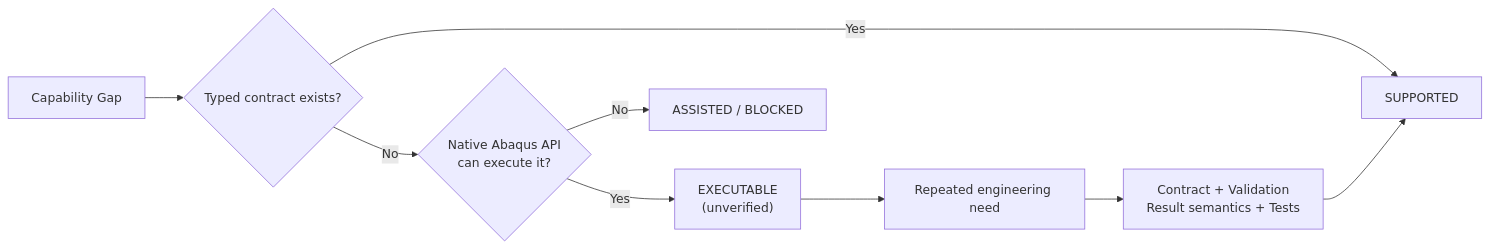
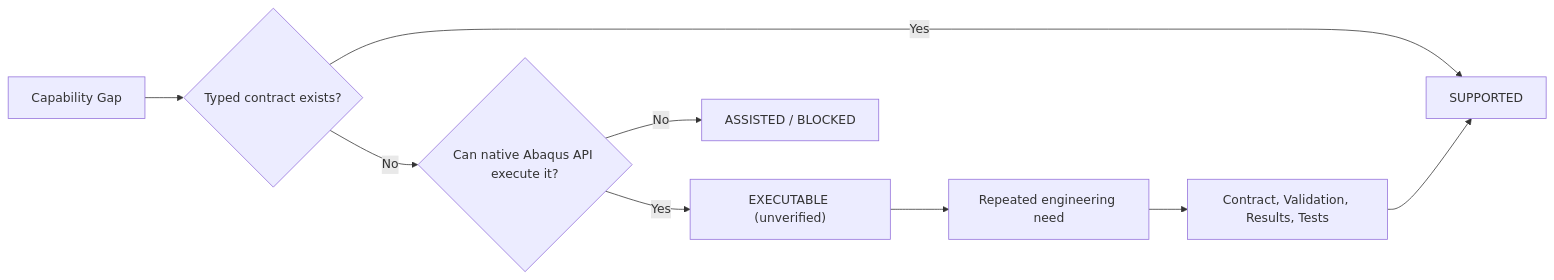
One commit to chenlei-gh/Abaqus-AI-Agent changed the third of 3 diagrams in README.md. Above: the diagram before and after it, drawn with Mermaid. The commit also changed other lines of this file and 1 other file, not shown here.

````diff
--- a/README.md
+++ b/README.md
@@ -70,11 +75,11 @@
 ```mermaid
 flowchart LR
     D["Capability Gap"] --> T{"Typed contract exists?"}
     T -->|Yes| S["SUPPORTED"]
-    T -->|No| P{"Native Abaqus API<br/>can execute it?"}
-    P -->|Yes| X["EXECUTABLE<br/>(unverified)"]
+    T -->|No| P{"Can native Abaqus API execute it?"}
+    P -->|Yes| X["EXECUTABLE (unverified)"]
     P -->|No| A["ASSISTED / BLOCKED"]
     X --> H["Repeated engineering need"]
-    H --> C["Contract + Validation<br/>Result semantics + Tests"]
+    H --> C["Contract, Validation, Results, Tests"]
     C --> S
 ```
````
